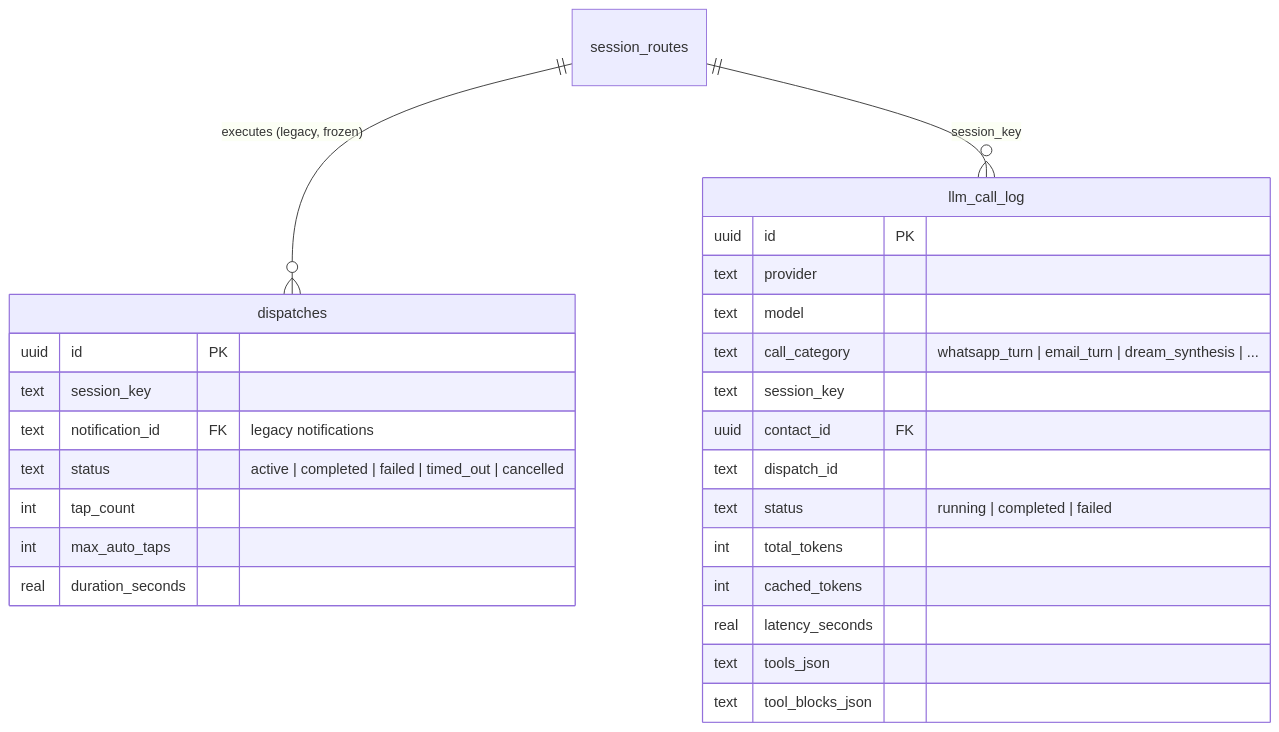
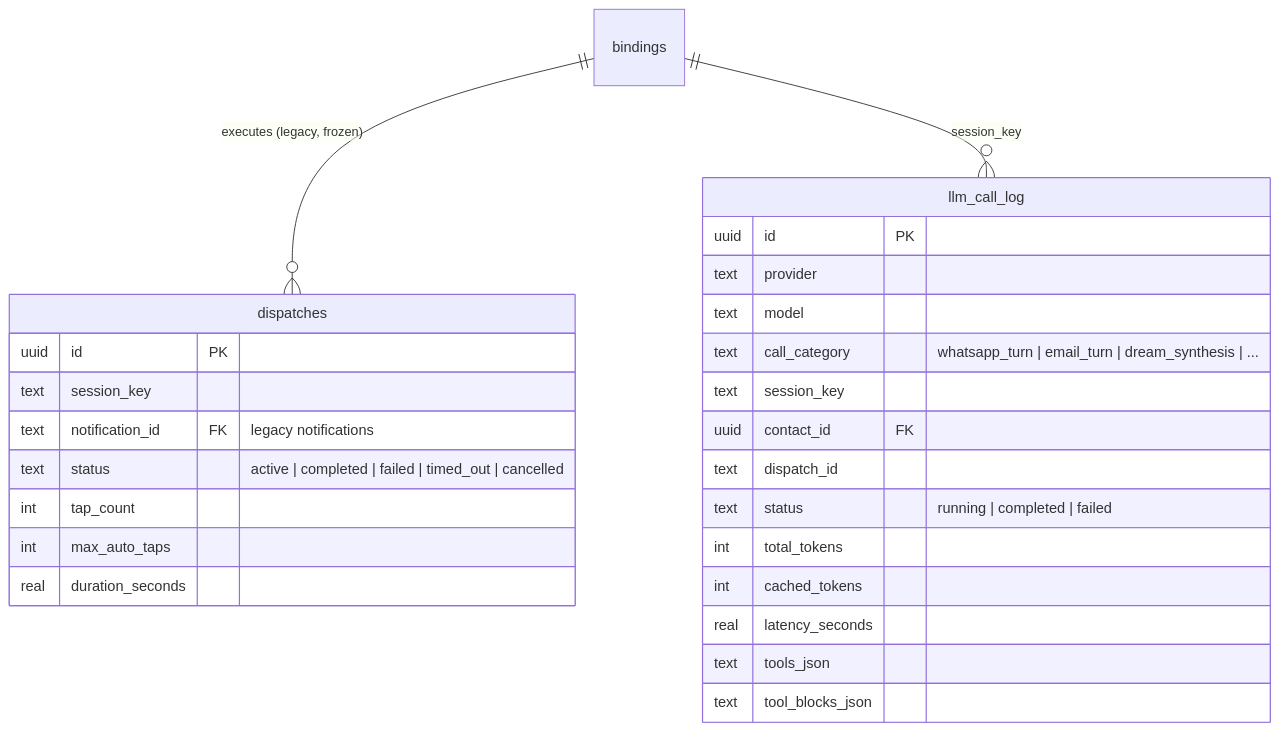
Before and after one commit to mike-crabcat/bob: the fourth of 10 diagrams in docs/datamodel.md, drawn with Mermaid. The commit also changed other lines of this file and 25 other files, not shown here.

First line of the commit message:
Increment 4 complete: drop session_routes; bindings own routing

````diff
--- a/docs/datamodel.md
+++ b/docs/datamodel.md
@@ -266,30 +257,30 @@
 ```mermaid
 erDiagram
-    session_routes ||--o{ dispatches : "executes (legacy, frozen)"
-    session_routes ||--o{ llm_call_log : "session_key"
+    bindings ||--o{ dispatches : "executes (legacy, frozen)"
+    bindings ||--o{ llm_call_log : "session_key"
 
     dispatches {
         uuid id PK
         text session_key
         text notification_id FK "legacy notifications"
         text status "active | completed | failed | timed_out | cancelled"
         int tap_count
         int max_auto_taps
         real duration_seconds
     }
     llm_call_log {
         uuid id PK
         text provider
         text model
         text call_category "whatsapp_turn | email_turn | dream_synthesis | ..."
         text session_key
         uuid contact_id FK
         text dispatch_id
         text status "running | completed | failed"
         int total_tokens
         int cached_tokens
         real latency_seconds
         text tools_json
         text tool_blocks_json
     }
 ```
````
